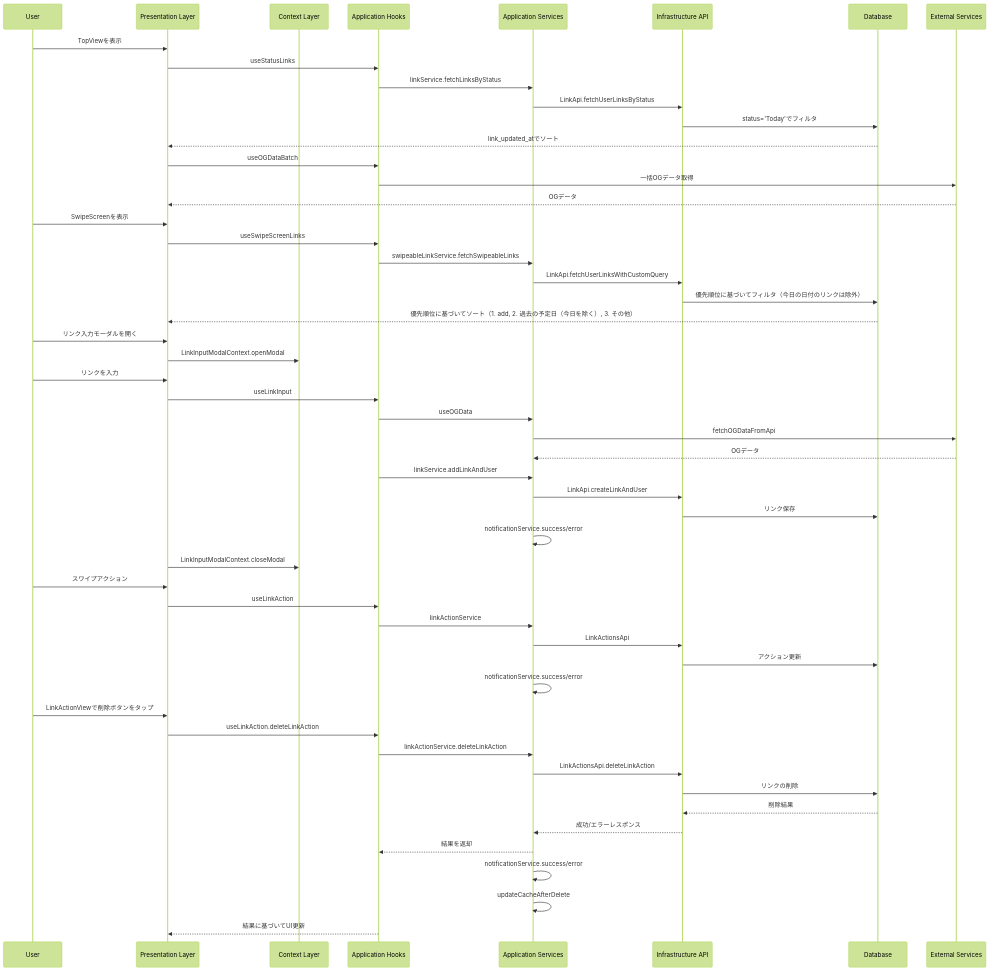
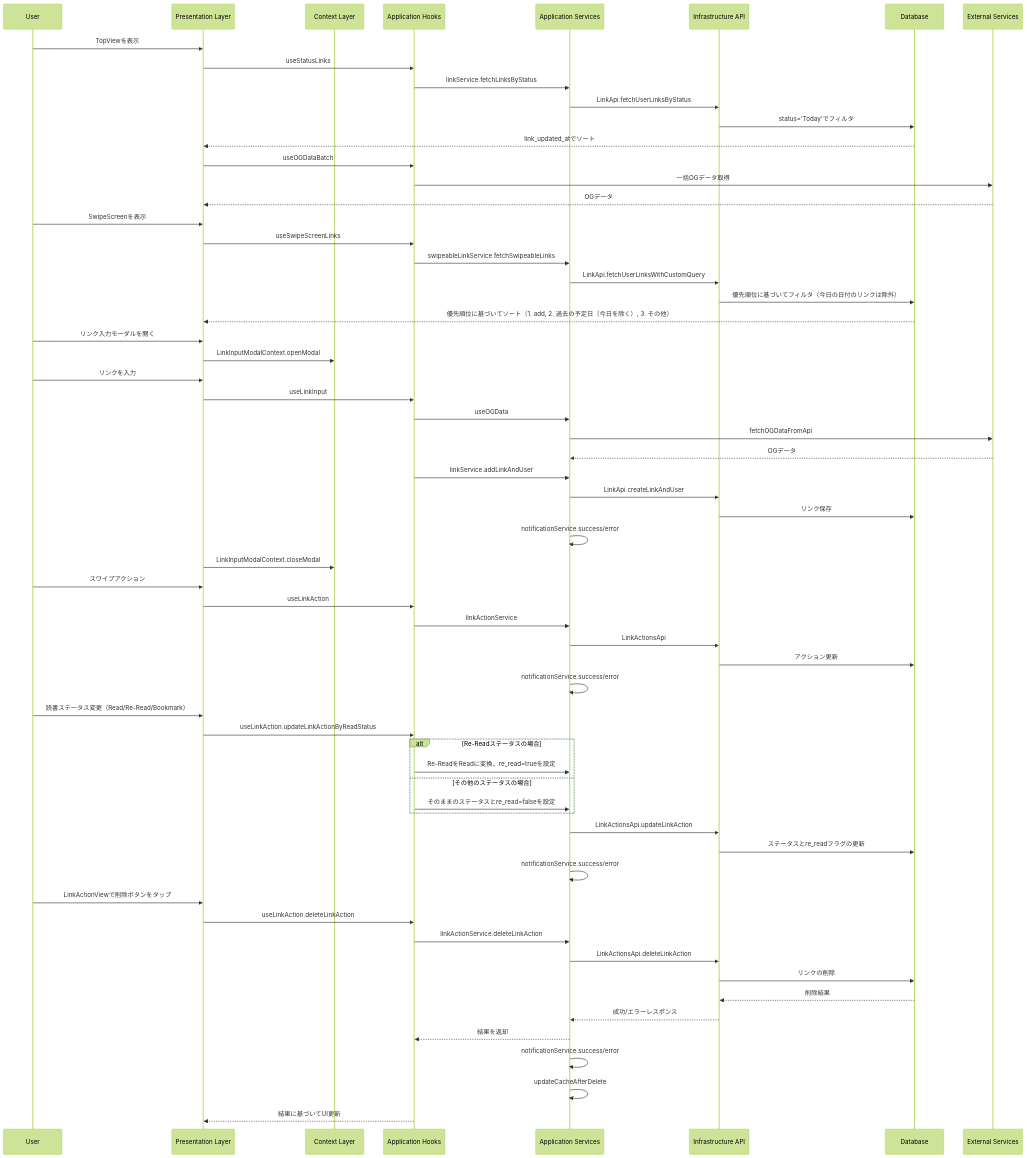
The second of 2 diagrams in feature/links/docs/architecture.md (sooom1627/Linpe), drawn with Mermaid (forest theme) before and after one commit. The commit also changed 11 other files, not shown here.

````diff
--- a/feature/links/docs/architecture.md
+++ b/feature/links/docs/architecture.md
@@ -143,65 +143,77 @@
 ```mermaid
 sequenceDiagram
     participant User
     participant UI as Presentation Layer
     participant Context as Context Layer
     participant Hook as Application Hooks
     participant Service as Application Services
     participant API as Infrastructure API
     participant DB as Database
     participant External as External Services
 
     %% リンク一覧表示フロー（TopView）
     User->>UI: TopViewを表示
     UI->>Hook: useStatusLinks
     Hook->>Service: linkService.fetchLinksByStatus
     Service->>API: LinkApi.fetchUserLinksByStatus
     API->>DB: status='Today'でフィルタ
     DB-->>UI: link_updated_atでソート
     UI->>Hook: useOGDataBatch
     Hook->>External: 一括OGデータ取得
     External-->>UI: OGデータ
 
     %% スワイプ画面表示フロー
     User->>UI: SwipeScreenを表示
     UI->>Hook: useSwipeScreenLinks
     Hook->>Service: swipeableLinkService.fetchSwipeableLinks
     Service->>API: LinkApi.fetchUserLinksWithCustomQuery
     API->>DB: 優先順位に基づいてフィルタ（今日の日付のリンクは除外）
     DB-->>UI: 優先順位に基づいてソート（1. add, 2. 過去の予定日（今日を除く）, 3. その他）
 
     %% リンク入力フロー
     User->>UI: リンク入力モーダルを開く
     UI->>Context: LinkInputModalContext.openModal
     User->>UI: リンクを入力
     UI->>Hook: useLinkInput
     Hook->>Service: useOGData
     Service->>External: fetchOGDataFromApi
     External-->>Service: OGデータ
     Hook->>Service: linkService.addLinkAndUser
     Service->>API: LinkApi.createLinkAndUser
     API->>DB: リンク保存
     Service->>Service: notificationService.success/error
     UI->>Context: LinkInputModalContext.closeModal
 
     %% スワイプアクション
     User->>UI: スワイプアクション
     UI->>Hook: useLinkAction
     Hook->>Service: linkActionService
     Service->>API: LinkActionsApi
     API->>DB: アクション更新
     Service->>Service: notificationService.success/error
 
+    %% 読書ステータス変更フロー
+    User->>UI: 読書ステータス変更（Read/Re-Read/Bookmark）
+    UI->>Hook: useLinkAction.updateLinkActionByReadStatus
+    alt Re-Readステータスの場合
+        Hook->>Service: Re-ReadをReadに変換、re_read=trueを設定
+    else その他のステータスの場合
+        Hook->>Service: そのままのステータスとre_read=falseを設定
+    end
+    Service->>API: LinkActionsApi.updateLinkAction
+    API->>DB: ステータスとre_readフラグの更新
+    Service->>Service: notificationService.success/error
+
     %% リンク削除フロー
     User->>UI: LinkActionViewで削除ボタンをタップ
     UI->>Hook: useLinkAction.deleteLinkAction
     Hook->>Service: linkActionService.deleteLinkAction
     Service->>API: LinkActionsApi.deleteLinkAction
     API->>DB: リンクの削除
     DB-->>API: 削除結果
     API-->>Service: 成功/エラーレスポンス
     Service-->>Hook: 結果を返却
     Service->>Service: notificationService.success/error
     Service->>Service: updateCacheAfterDelete
     Hook-->>UI: 結果に基づいてUI更新
 ```
````
